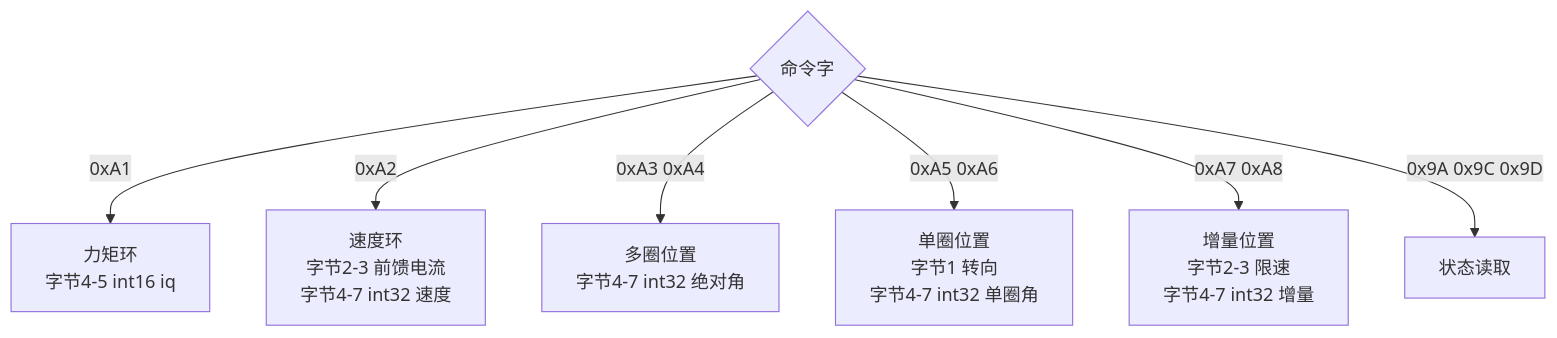
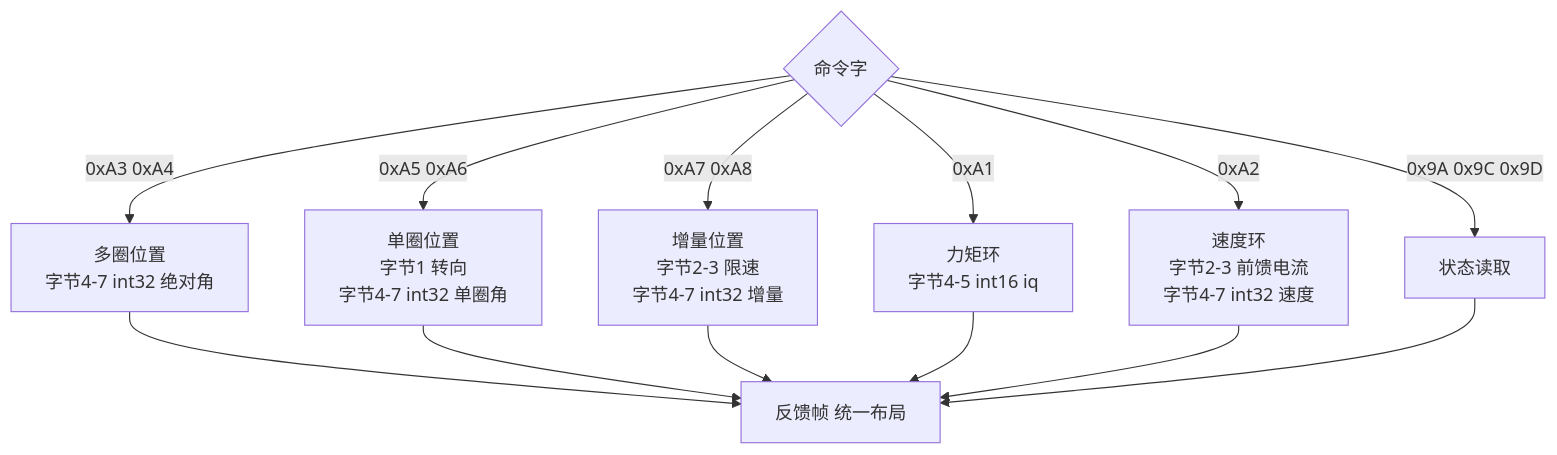
One commit to TC635807/TC63PersonalWebsite changed the first of 2 diagrams in docs/03-CAN 与电机/04-LK电机/02-位置速度与力矩模式.md. Above: the diagram before and after it, drawn with Mermaid. The commit also changed other lines of this file and 728 other files, not shown here.

````diff
--- a/docs/03-CAN 与电机/04-LK电机/02-位置速度与力矩模式.md
+++ b/docs/03-CAN 与电机/04-LK电机/02-位置速度与力矩模式.md
@@ -28,9 +26,15 @@
 ```mermaid
 flowchart TD
   CMD{"命令字"} -->|"0xA1"| T["力矩环<br/>字节4-5 int16 iq"]
   CMD -->|"0xA2"| V["速度环<br/>字节2-3 前馈电流<br/>字节4-7 int32 速度"]
   CMD -->|"0xA3 0xA4"| P1["多圈位置<br/>字节4-7 int32 绝对角"]
   CMD -->|"0xA5 0xA6"| P2["单圈位置<br/>字节1 转向<br/>字节4-7 int32 单圈角"]
   CMD -->|"0xA7 0xA8"| P3["增量位置<br/>字节2-3 限速<br/>字节4-7 int32 增量"]
   CMD -->|"0x9A 0x9C 0x9D"| R["状态读取"]
+  P1 --> FB["反馈帧 统一布局"]
+  P2 --> FB
+  P3 --> FB
+  T --> FB
+  V --> FB
+  R --> FB
 ```
````
